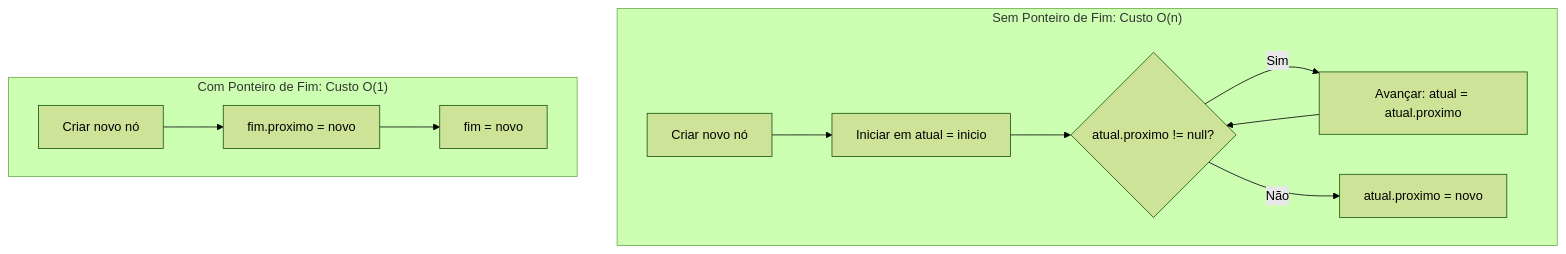
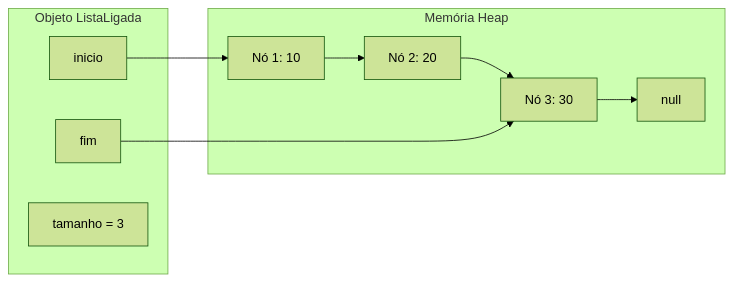
Diagram 13 of 22 in 4º Semestre/[Prof. Wesley Soares] Estrutura de Dados I/Resumos-IA/Caderno-Consolidado.md (murilolol/unifef), drawn with Mermaid (forest theme) before and after one commit. The commit also changed other lines of this file and 25 other files, not shown here.

````diff
--- a/4º Semestre/[Prof. Wesley Soares] Estrutura de Dados I/Resumos-IA/Caderno-Consolidado.md
+++ b/4º Semestre/[Prof. Wesley Soares] Estrutura de Dados I/Resumos-IA/Caderno-Consolidado.md
@@ -755,15 +767,15 @@
 ```mermaid
-flowchart TD
-    subgraph SemPonteiroFim["Sem Ponteiro de Fim: Custo O(n)"]
-        S1["Criar novo nó"] --> S2["Iniciar em atual = inicio"]
-        S2 --> S3{"atual.proximo != null?"}
-        S3 -- Sim --> S4["Avançar: atual = atual.proximo"]
-        S4 --> S3
-        S3 -- Não --> S5["atual.proximo = novo"]
+flowchart LR
+    subgraph Controladora["Objeto ListaLigada"]
+        PIni["inicio"]
+        PFim["fim"]
+        PTam["tamanho = 3"]
     end
-    
-    subgraph ComPonteiroFim["Com Ponteiro de Fim: Custo O(1)"]
-        C1["Criar novo nó"] --> C2["fim.proximo = novo"]
-        C2 --> C3["fim = novo"]
+    subgraph Heap["Memória Heap"]
+        N1["Nó 1: 10"] --> N2["Nó 2: 20"]
+        N2 --> N3["Nó 3: 30"]
+        N3 --> Nulo["null"]
     end
+    PIni --> N1
+    PFim --> N3
 ```
````
